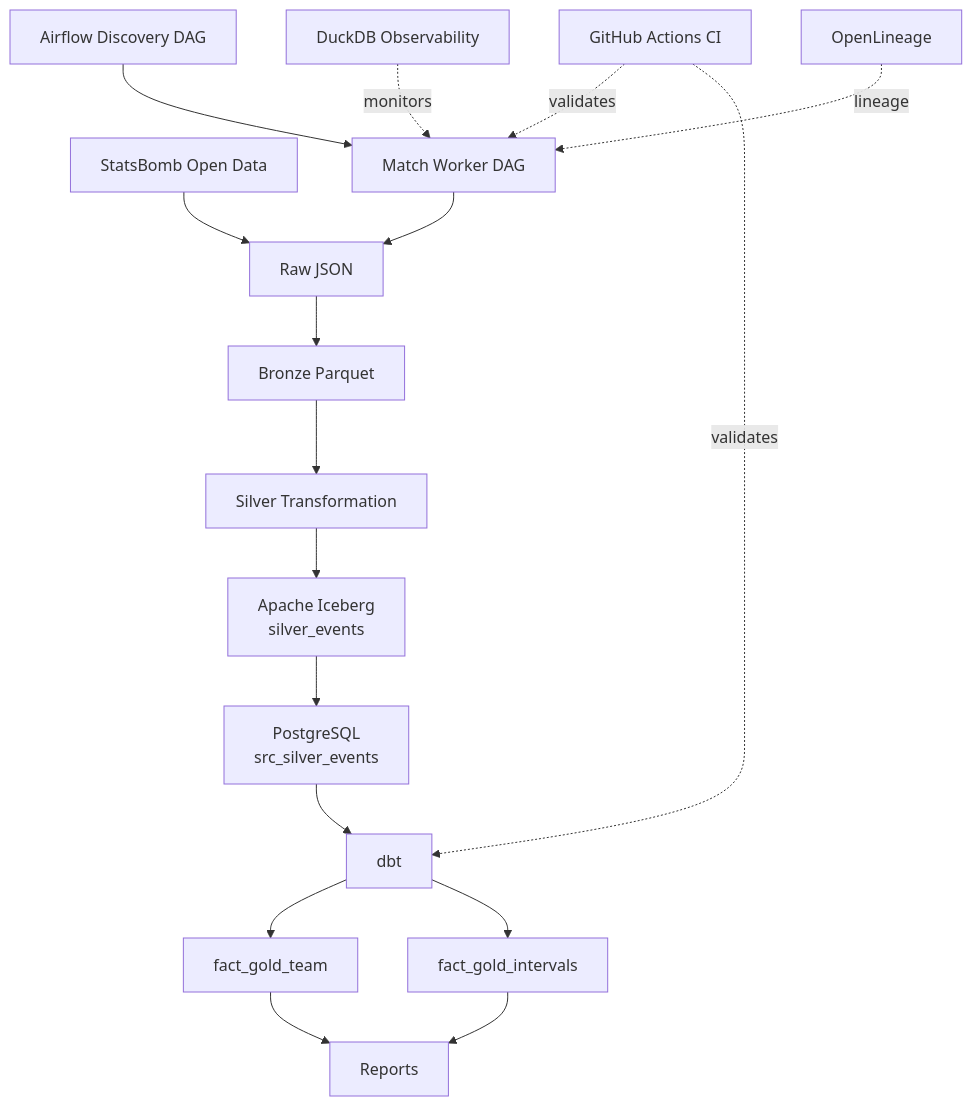
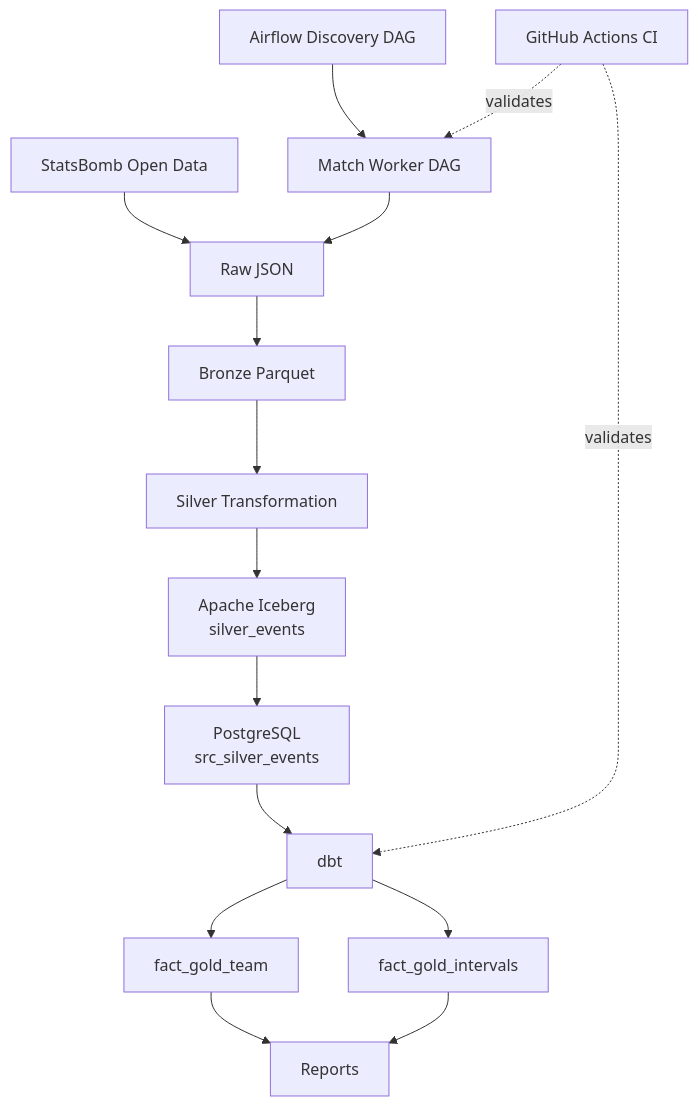
The diagram in README.md (ibrahimothman/football_analytics), drawn with Mermaid before and after one commit. The commit also changed other lines of this file, not shown here.

````diff
--- a/README.md
+++ b/README.md
@@ -13,22 +23,19 @@
 ```mermaid
 flowchart TD
     A[StatsBomb Open Data] --> B[Raw JSON]
     B --> C[Bronze Parquet]
     C --> D[Silver Transformation]
     D --> E[Apache Iceberg<br/>silver_events]
     E --> F[PostgreSQL<br/>src_silver_events]
     F --> G[dbt]
     G --> H[fact_gold_team]
     G --> I[fact_gold_intervals]
     H --> J[Reports]
     I --> J
 
     K[Airflow Discovery DAG] --> L[Match Worker DAG]
     L --> B
 
     M[GitHub Actions CI] -. validates .-> L
     M -. validates .-> G
-
-    N[DuckDB Observability] -. monitors .-> L
-    O[OpenLineage] -. lineage .-> L
 ```
````
